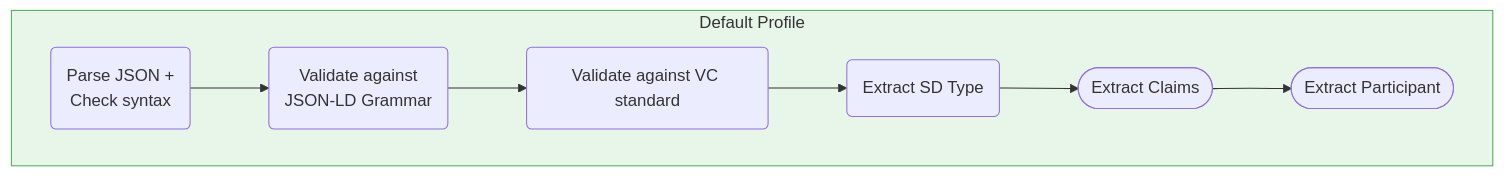
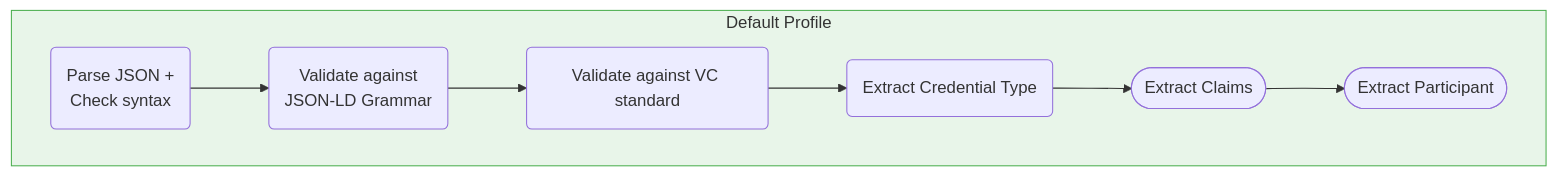
One commit to federated-catalogue-enhancements-2026/docs changed the seventh of 10 diagrams in federated-catalogue/src/docs/architecture/chapters/05_building_block_view.adoc. Above: the diagram before and after it, drawn with Mermaid. The commit also changed other lines of this file and 11 other files, not shown here.

```diff
--- a/federated-catalogue/src/docs/architecture/chapters/05_building_block_view.adoc
+++ b/federated-catalogue/src/docs/architecture/chapters/05_building_block_view.adoc
@@ -962,13 +973,13 @@
 [mermaid, width=2000]
 ....
 flowchart LR
     subgraph defaultProfile ["Default Profile"]
         direction LR
         A(Parse JSON +\nCheck syntax) --> B(Validate against\nJSON-LD Grammar)
         B --> C(Validate against VC standard)
-        C --> D(Extract SD Type)
+        C --> D(Extract Credential Type)
         D --> E([Extract Claims])
         E --> F([Extract Participant])
     end
     style defaultProfile fill:#e8f5e9,stroke:#4caf50
 ....
```
